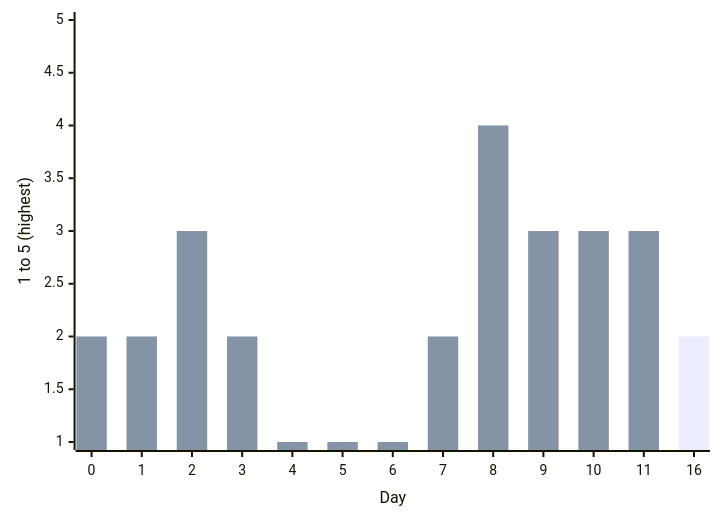
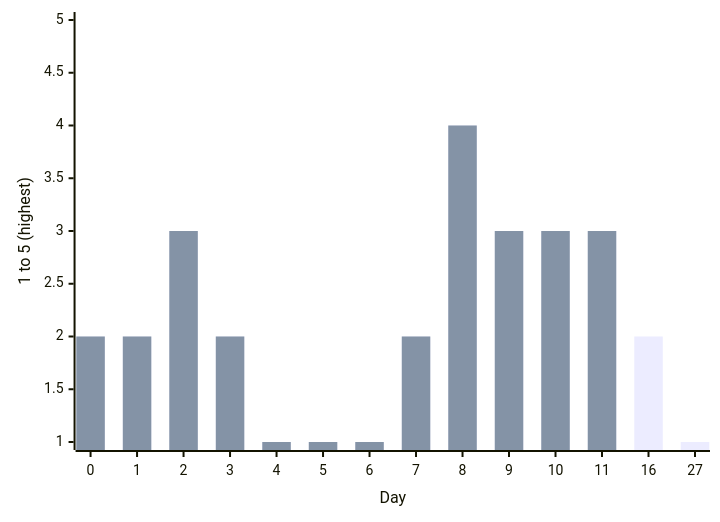
Before and after one commit to phil-m-kopp/phil-m-kopp.github.io: the sixth of 16 diagrams in docs/articles/posts/personal-development/experience-strict-fasting-8days/experience-strict-fasting-8days.md, drawn with Mermaid. The commit also changed other lines of this file and 7 other files, not shown here.

````diff
--- a/docs/articles/posts/personal-development/experience-strict-fasting-8days/experience-strict-fasting-8days.md
+++ b/docs/articles/posts/personal-development/experience-strict-fasting-8days/experience-strict-fasting-8days.md
@@ -214,8 +222,8 @@
 ``` mermaid
 xychart-beta
-        x-axis "Day" [0, 1, 2, 3, 4, 5, 6, 7, 8, 9, 10, 11, 16]
+        x-axis "Day" [0, 1, 2, 3, 4, 5, 6, 7, 8, 9, 10, 11, 16, 27]
         y-axis "1 to 5 (highest)" 1 --> 5
 
-        bar "Hunger" [2, 2, 3, 2, 1, 1, 1, 2, 4, 3, 3, 3, 2]
+        bar "Hunger" [2, 2, 3, 2, 1, 1, 1, 2, 4, 3, 3, 3, 2, 1]
         bar "Hunger" [2, 2, 3, 2, 1, 1, 1, 2, 4, 3, 3, 3]
 ```
````
